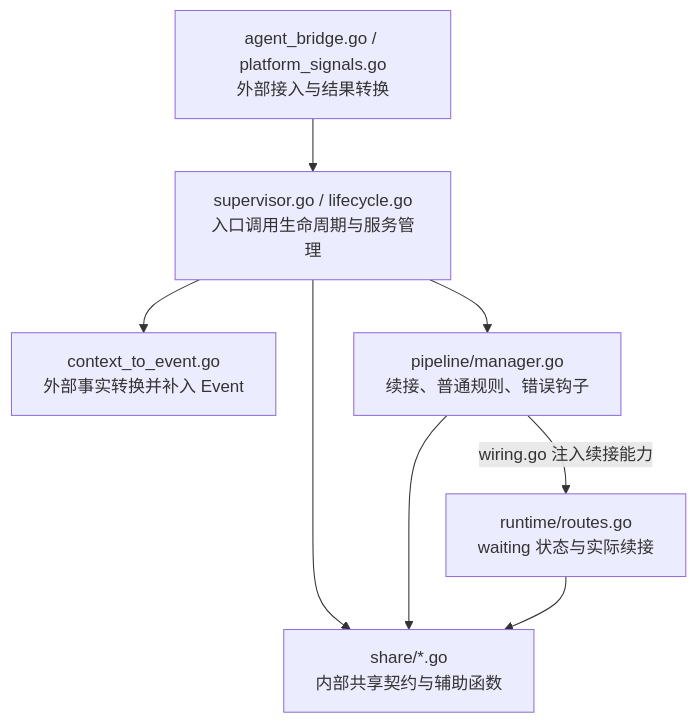
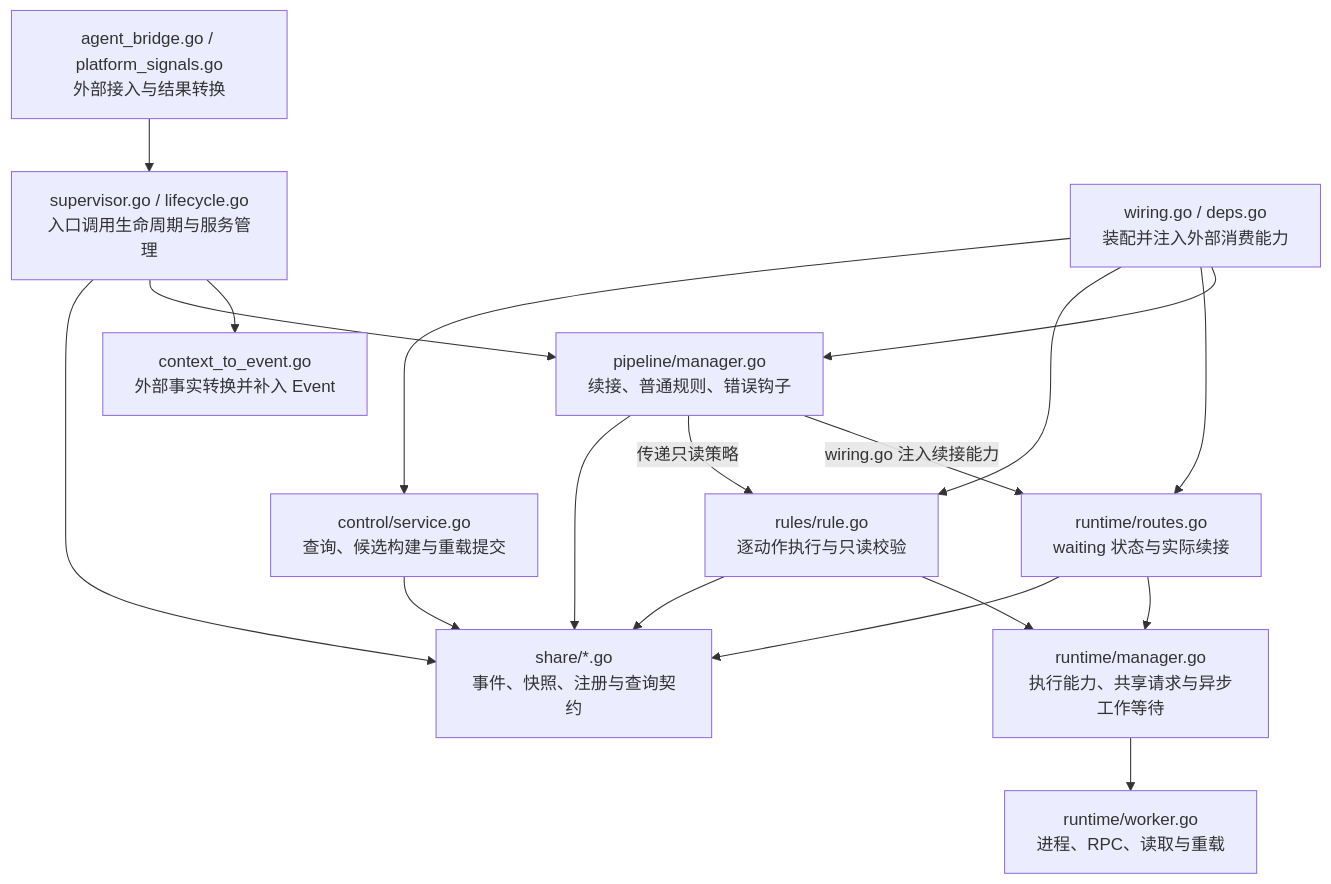
Before and after one commit to Elflare/elbot: the sixth of 8 diagrams in devdocs/architecture.md, drawn with Mermaid. The commit also changed other lines of this file and 63 other files, not shown here.

````diff
--- a/devdocs/architecture.md
+++ b/devdocs/architecture.md
@@ -276,8 +280,14 @@
 ```mermaid
 flowchart TD
     A["agent_bridge.go / platform_signals.go<br/>外部接入与结果转换"] --> S["supervisor.go / lifecycle.go<br/>入口调用生命周期与服务管理"]
     S --> F["context_to_event.go<br/>外部事实转换并补入 Event"]
     S --> P["pipeline/manager.go<br/>续接、普通规则、错误钩子"]
     P -->|wiring.go 注入续接能力| R["runtime/routes.go<br/>waiting 状态与实际续接"]
-    S & P & R --> C["share/*.go<br/>内部共享契约与辅助函数"]
+    P -->|传递只读策略| Q["rules/rule.go<br/>逐动作执行与只读校验"]
+    W["wiring.go / deps.go<br/>装配并注入外部消费能力"] --> P & R & Q
+    W --> M["control/service.go<br/>查询、候选构建与重载提交"]
+    Q --> RT["runtime/manager.go<br/>执行能力、共享请求与异步工作等待"]
+    RT --> WK["runtime/worker.go<br/>进程、RPC、读取与重载"]
+    R --> RT
+    S & P & R & Q & M --> C["share/*.go<br/>事件、快照、注册与查询契约"]
 ```
````
